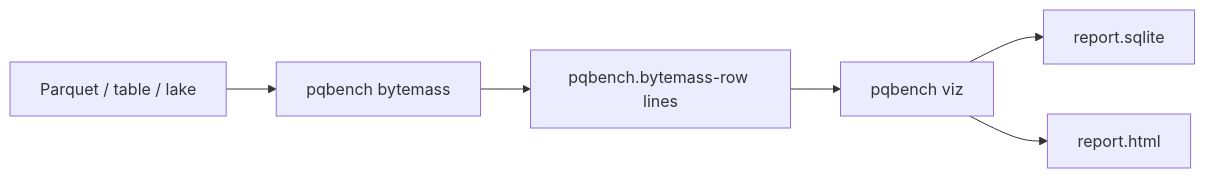
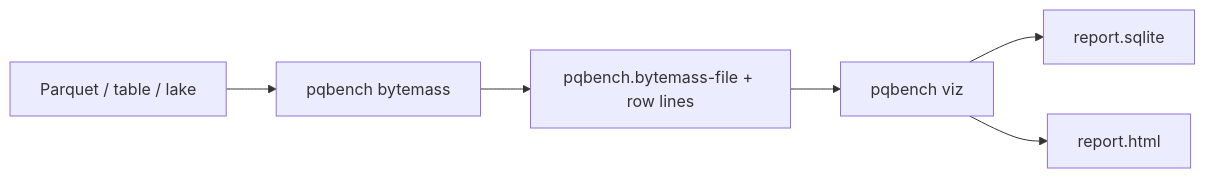
The diagram in docs/viz.md (pqbench/pqbench), drawn with Mermaid before and after one commit. The commit also changed other lines of this file and 25 other files, not shown here.

First line of the commit message:
feat(table): stream Delta add stats and proxy them through bytemass

````diff
--- a/docs/viz.md
+++ b/docs/viz.md
@@ -17,8 +17,8 @@
 ```mermaid
 flowchart LR
     files[Parquet / table / lake] --> bytemass[pqbench bytemass]
-    bytemass --> stream["pqbench.bytemass-row lines"]
+    bytemass --> stream["pqbench.bytemass-file + row lines"]
     stream --> viz[pqbench viz]
     viz --> sqlite[report.sqlite]
     viz --> html[report.html]
 ```
````
